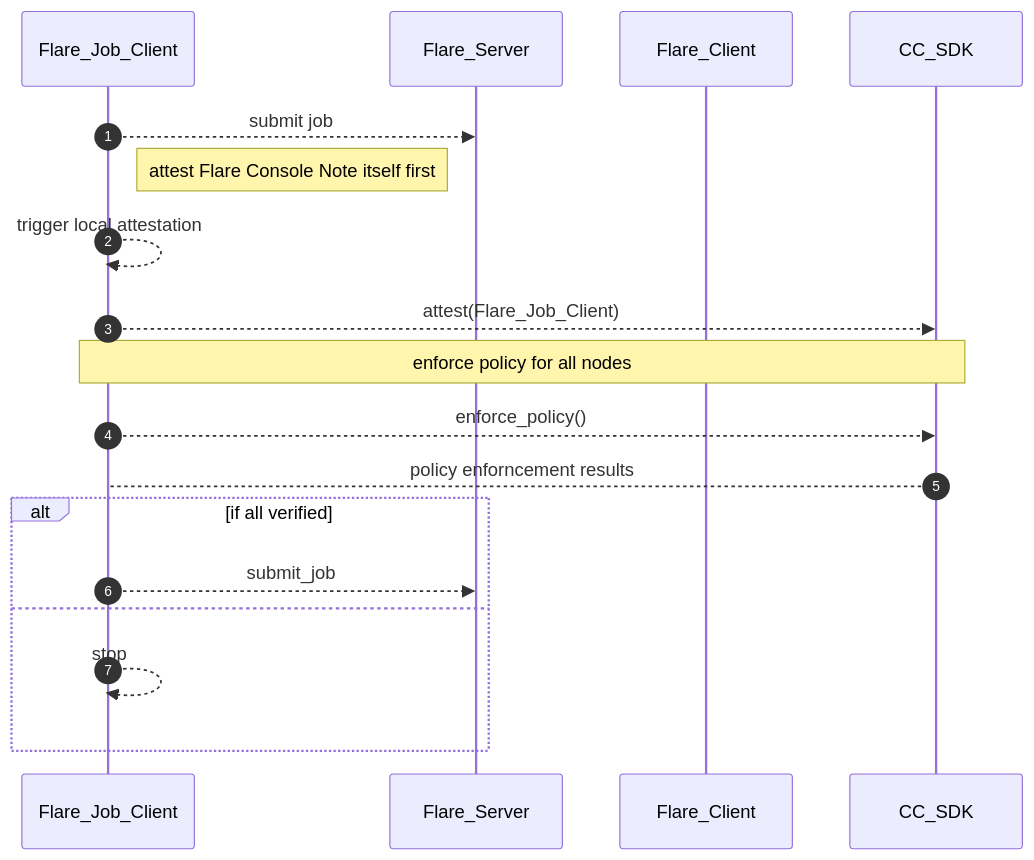
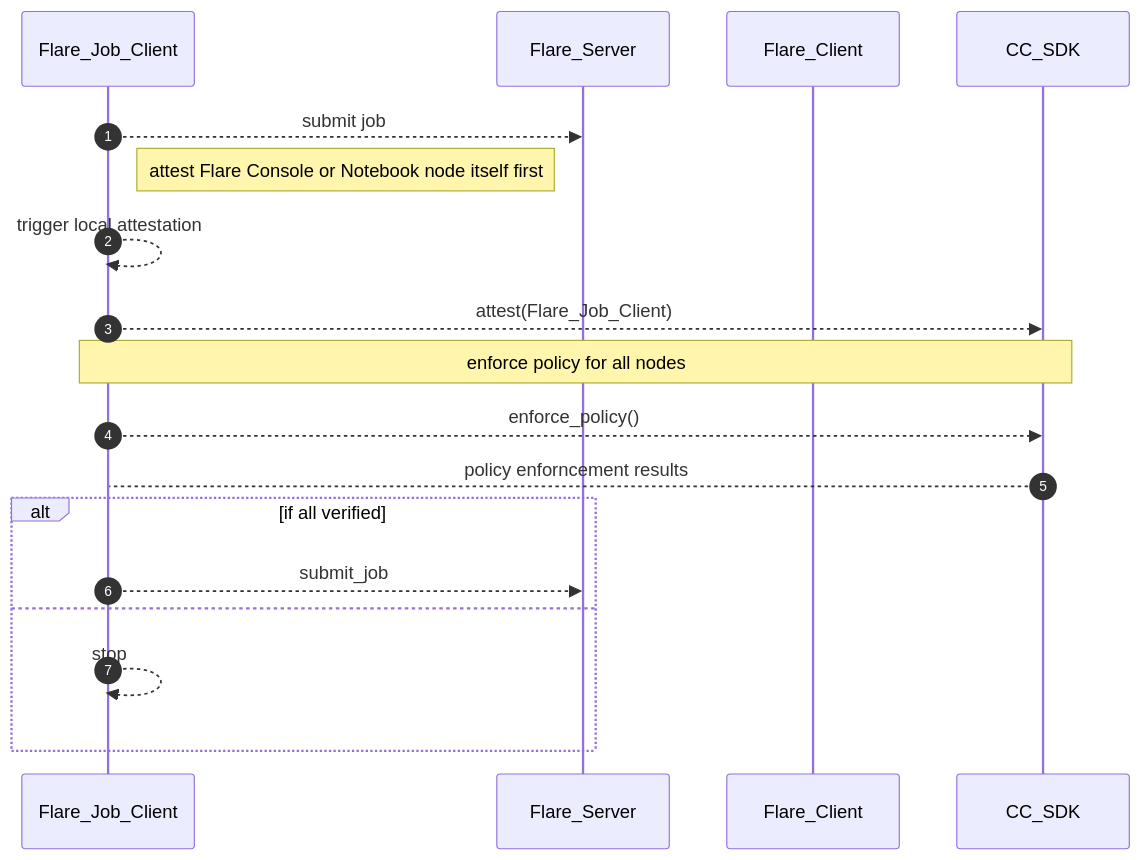
Diagram 14 of 14 in docs/confidential_computing/detailed_cc_sequence_diagram.md (hitesh-ag1/NVFlare), drawn with Mermaid before and after one commit.

Commit message:
Sequence diagram for CC

````diff
--- a/docs/confidential_computing/detailed_cc_sequence_diagram.md
+++ b/docs/confidential_computing/detailed_cc_sequence_diagram.md
@@ -326,26 +326,26 @@
 ```mermaid
 sequenceDiagram
    autonumber
     
     participant Flare_Job_Client
     participant Flare_Server
     participant Flare_Client
     participant CC_SDK
     
     Flare_Job_Client -->> Flare_Server: submit job
     
-    note right of Flare_Job_Client: attest Flare Console Note itself first
+    note right of Flare_Job_Client: attest Flare Console or Notebook node itself first
     Flare_Job_Client -->> Flare_Job_Client: trigger local attestation
     Flare_Job_Client -->> CC_SDK: attest(Flare_Job_Client)
     
     note over Flare_Job_Client, CC_SDK: enforce policy for all nodes
     
     Flare_Job_Client -->> CC_SDK: enforce_policy()  
     CC_SDK --> Flare_Job_Client: policy enforncement results
     alt if all verified
         Flare_Job_Client -->> Flare_Server: submit_job
     else
         Flare_Job_Client -->> Flare_Job_Client: stop
     end
    
 ```
````
